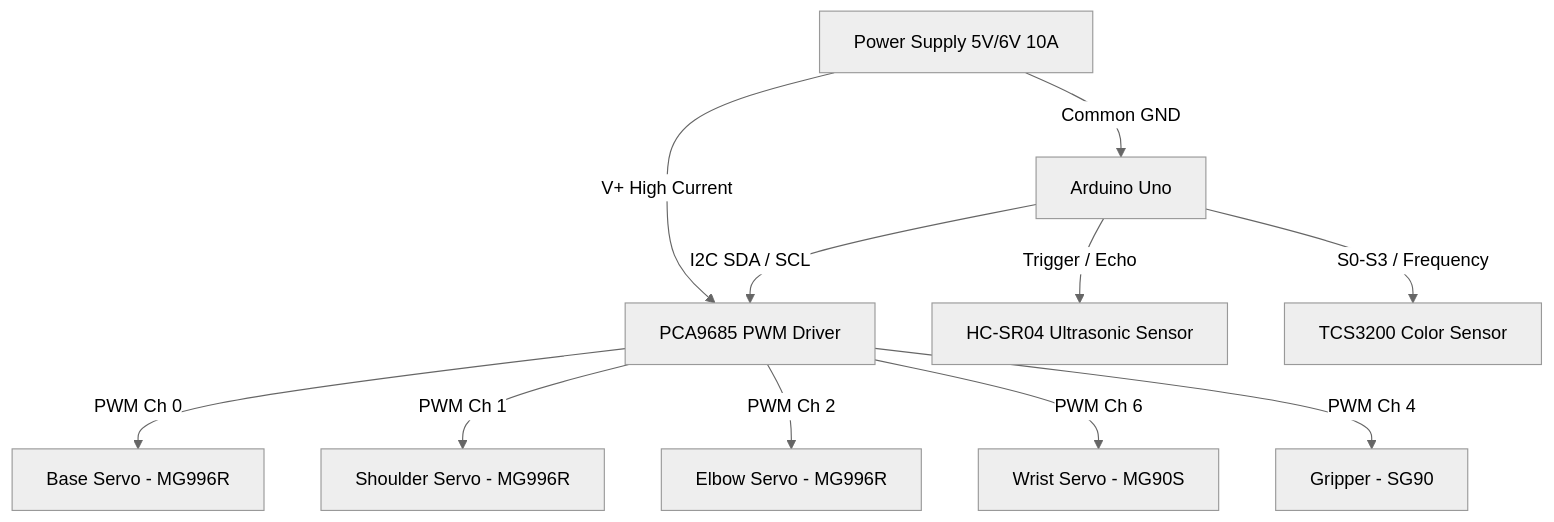
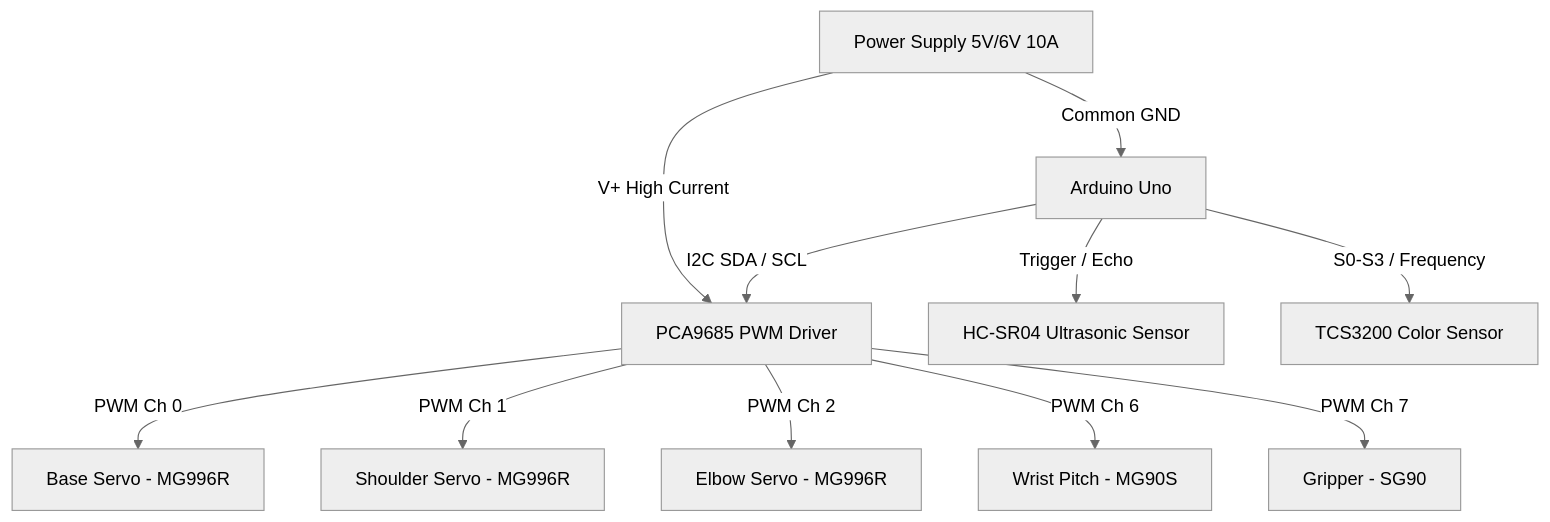
One commit to saumyadebug/robotic-arm-pick-and-place changed the diagram in docs/system_architecture.md. Above: the diagram before and after it, drawn with Mermaid (neutral theme). The commit also changed other lines of this file and 29 other files, not shown here.

````diff
--- a/docs/system_architecture.md
+++ b/docs/system_architecture.md
@@ -3,13 +3,13 @@
 ```mermaid
 graph TD
     A[Power Supply 5V/6V 10A] -->|V+ High Current| B[PCA9685 PWM Driver]
     C[Arduino Uno] -->|I2C SDA / SCL| B
     C -->|Trigger / Echo| D[HC-SR04 Ultrasonic Sensor]
     C -->|S0-S3 / Frequency| E[TCS3200 Color Sensor]
     B -->|PWM Ch 0| F[Base Servo - MG996R]
     B -->|PWM Ch 1| G[Shoulder Servo - MG996R]
     B -->|PWM Ch 2| H[Elbow Servo - MG996R]
-    B -->|PWM Ch 6| I[Wrist Servo - MG90S]
-    B -->|PWM Ch 4| J[Gripper - SG90]
+    B -->|PWM Ch 6| I[Wrist Pitch - MG90S]
+    B -->|PWM Ch 7| J[Gripper - SG90]
     A -->|Common GND| C
 ```
````
